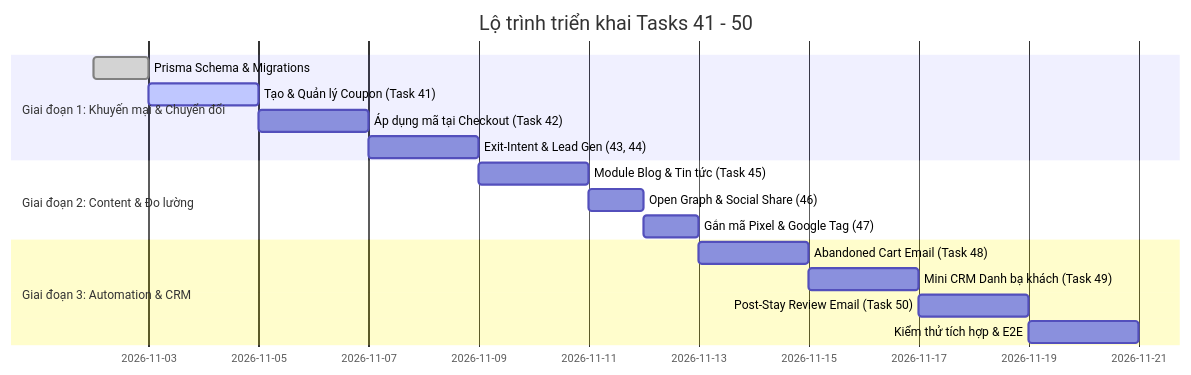
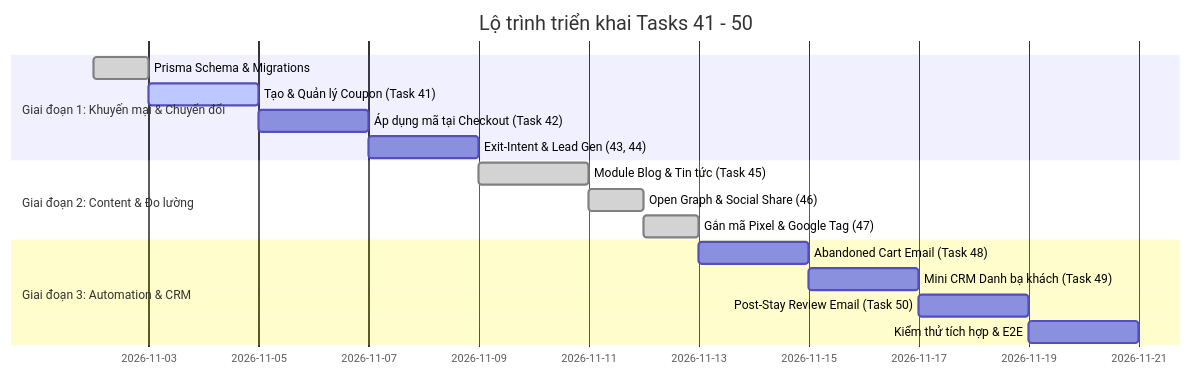
One commit to vogiahuy2506-lang/Digistay changed the second of 2 diagrams in docs/PLAN-TASKS-41-50.md. Above: the diagram before and after it, drawn with Mermaid. The commit also changed 18 other files, not shown here.

Commit message:
feat(marketing): implement tasks 46 and 47 with social open graph preview and marketing tracking pixels

````diff
--- a/docs/PLAN-TASKS-41-50.md
+++ b/docs/PLAN-TASKS-41-50.md
@@ -345,19 +345,19 @@
 ```mermaid
 gantt
     title Lộ trình triển khai Tasks 41 - 50
     dateFormat  YYYY-MM-DD
     section Giai đoạn 1: Khuyến mại & Chuyển đổi
     Prisma Schema & Migrations       :done,    p1_1, 2026-11-02, 1d
     Tạo & Quản lý Coupon (Task 41)    :active,  p1_2, after p1_1, 2d
     Áp dụng mã tại Checkout (Task 42) :         p1_3, after p1_2, 2d
     Exit-Intent & Lead Gen (43, 44)   :         p1_4, after p1_3, 2d
     section Giai đoạn 2: Content & Đo lường
-    Module Blog & Tin tức (Task 45)   :         p2_1, after p1_4, 2d
-    Open Graph & Social Share (46)    :         p2_2, after p2_1, 1d
-    Gắn mã Pixel & Google Tag (47)    :         p2_3, after p2_2, 1d
+    Module Blog & Tin tức (Task 45)   :done,    p2_1, after p1_4, 2d
+    Open Graph & Social Share (46)    :done,    p2_2, after p2_1, 1d
+    Gắn mã Pixel & Google Tag (47)    :done,    p2_3, after p2_2, 1d
     section Giai đoạn 3: Automation & CRM
     Abandoned Cart Email (Task 48)    :         p3_1, after p2_3, 2d
     Mini CRM Danh bạ khách (Task 49)  :         p3_2, after p3_1, 2d
     Post-Stay Review Email (Task 50)  :         p3_3, after p3_2, 2d
     Kiểm thử tích hợp & E2E           :         p3_4, after p3_3, 2d
 ```
````
